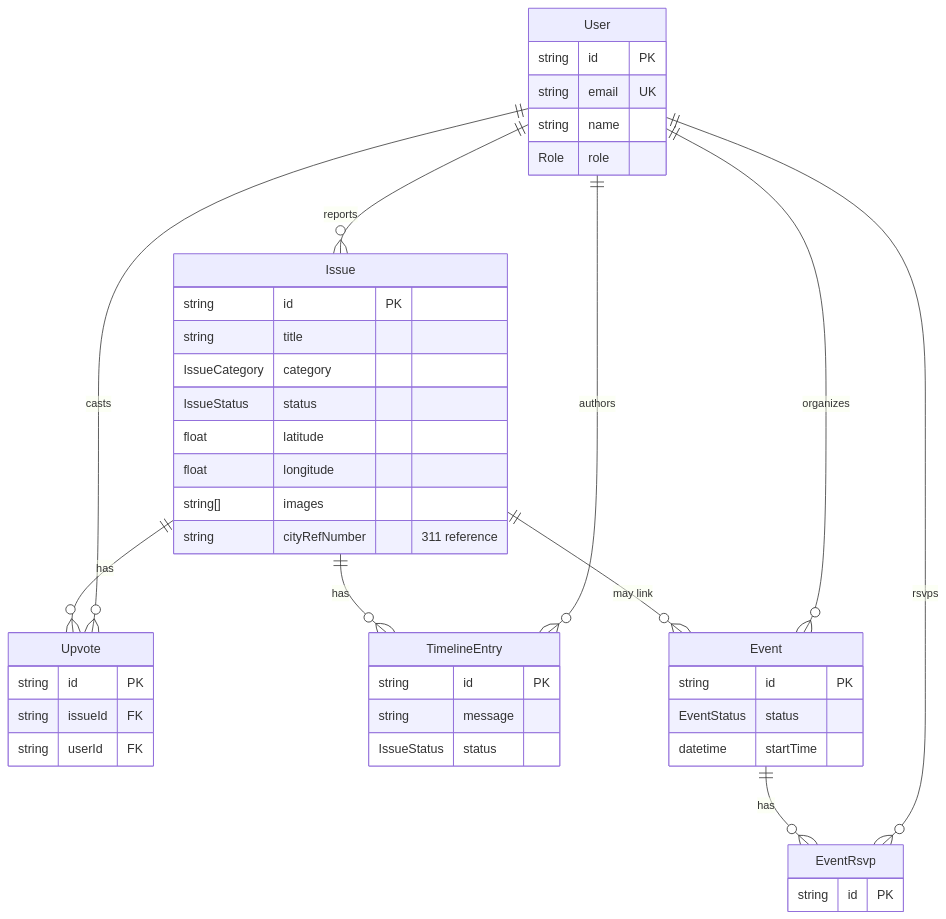
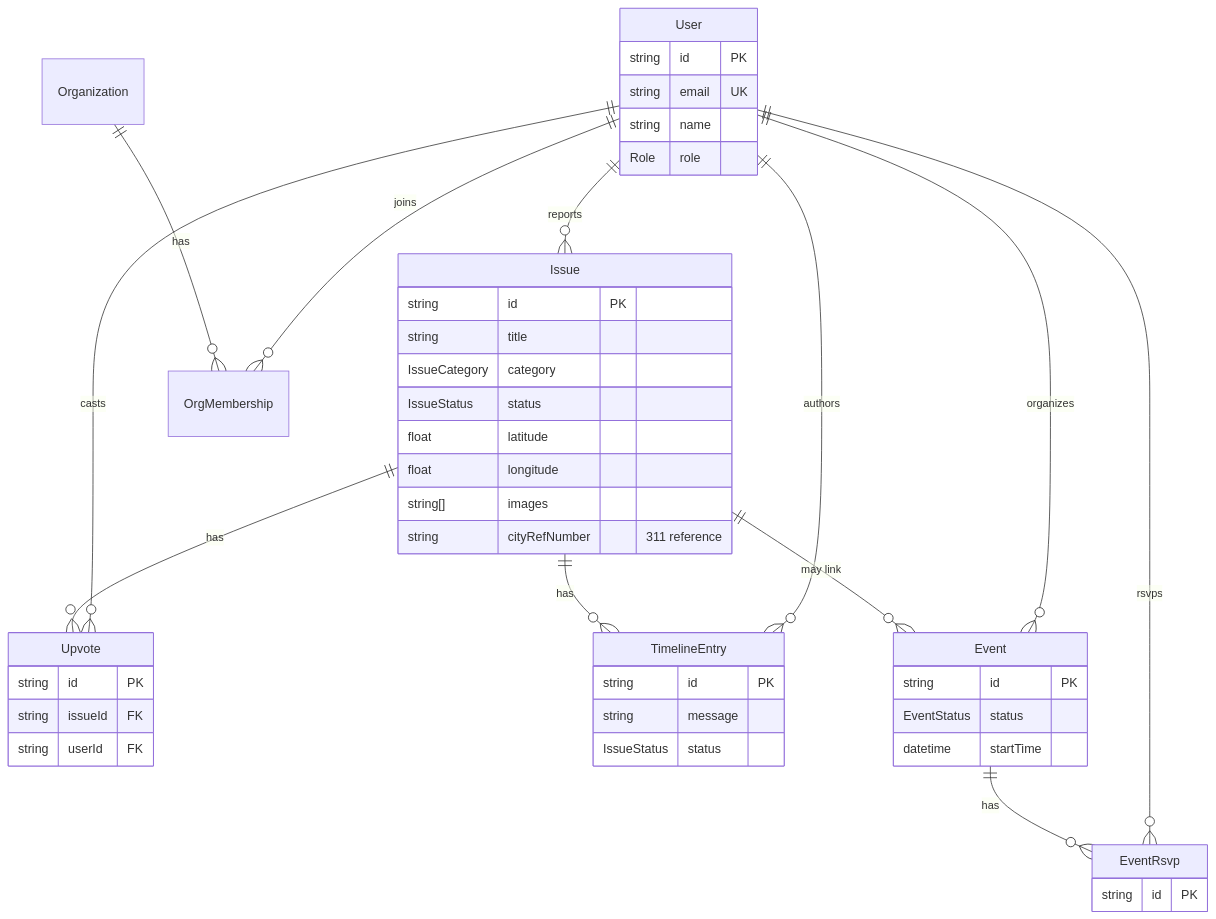
The second of 3 diagrams in docs/ARCHITECTURE.md (oss-slu/civickit), drawn with Mermaid before and after one commit. The commit also changed other lines of this file and 1 other file, not shown here.

First line of the commit message:
docs: point the architecture and setup docs at Drizzle

````diff
--- a/docs/ARCHITECTURE.md
+++ b/docs/ARCHITECTURE.md
@@ -96,47 +97,49 @@
 ```mermaid
 erDiagram
     User ||--o{ Issue : reports
     User ||--o{ Upvote : casts
     User ||--o{ TimelineEntry : authors
     User ||--o{ Event : organizes
     User ||--o{ EventRsvp : rsvps
     Issue ||--o{ Upvote : has
     Issue ||--o{ TimelineEntry : has
     Issue ||--o{ Event : "may link"
     Event ||--o{ EventRsvp : has
+    User ||--o{ OrgMembership : joins
+    Organization ||--o{ OrgMembership : has
 
     User {
         string id PK
         string email UK
         string name
         Role role
     }
     Issue {
         string id PK
         string title
         IssueCategory category
         IssueStatus status
         float latitude
         float longitude
         string[] images
         string cityRefNumber "311 reference"
     }
     TimelineEntry {
         string id PK
         string message
         IssueStatus status
     }
     Upvote {
         string id PK
         string issueId FK
         string userId FK
     }
     Event {
         string id PK
         EventStatus status
         datetime startTime
     }
     EventRsvp {
         string id PK
     }
 ```
````
